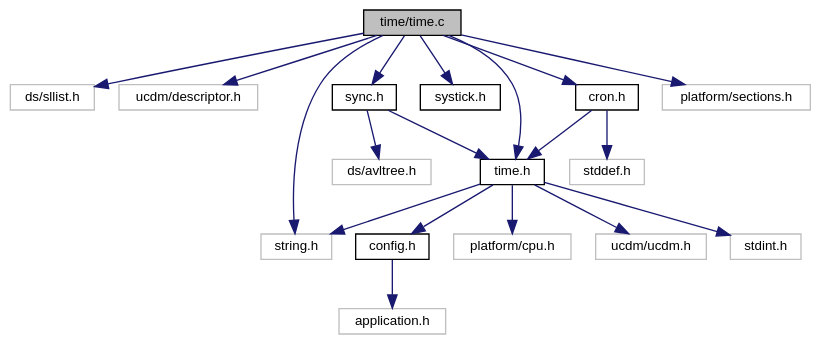
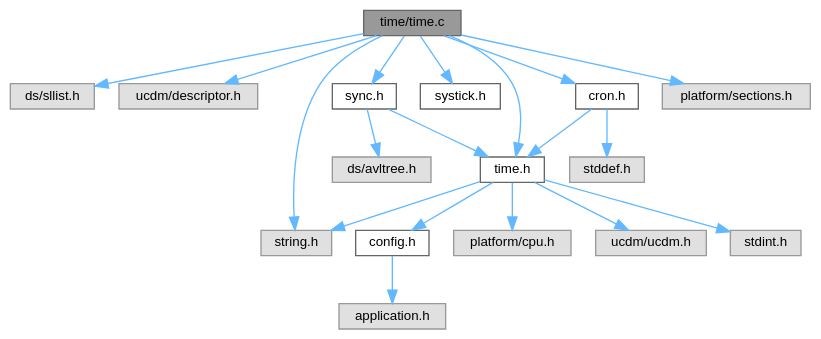
The diagram in time_8c__incl.dot (ebs-universe/piolib-time), drawn with Graphviz before and after one commit. The commit also changed 516 other files, not shown here.

```diff
--- a/time_8c__incl.dot
+++ b/time_8c__incl.dot
@@ -1,42 +1,42 @@
 digraph "time/time.c"
 {
  // INTERACTIVE_SVG=YES
  // LATEX_PDF_SIZE
   bgcolor="transparent";
-  edge [fontname="Helvetica",fontsize="10",labelfontname="Helvetica",labelfontsize="10"];
-  node [fontname="Helvetica",fontsize="10",shape=record];
-  Node1 [label="time/time.c",height=0.2,width=0.4,color="black", fillcolor="grey75", style="filled", fontcolor="black",tooltip="Time related function implementations."];
-  Node1 -> Node2 [color="midnightblue",fontsize="10",style="solid",fontname="Helvetica"];
-  Node2 [label="ds/sllist.h",height=0.2,width=0.4,color="grey75",tooltip=" "];
-  Node1 -> Node3 [color="midnightblue",fontsize="10",style="solid",fontname="Helvetica"];
-  Node3 [label="ucdm/descriptor.h",height=0.2,width=0.4,color="grey75",tooltip=" "];
-  Node1 -> Node4 [color="midnightblue",fontsize="10",style="solid",fontname="Helvetica"];
-  Node4 [label="string.h",height=0.2,width=0.4,color="grey75",tooltip=" "];
-  Node1 -> Node5 [color="midnightblue",fontsize="10",style="solid",fontname="Helvetica"];
-  Node5 [label="time.h",height=0.2,width=0.4,color="black",URL="$time_8h.html",tooltip="Time related functions for embebedded systems."];
-  Node5 -> Node6 [color="midnightblue",fontsize="10",style="solid",fontname="Helvetica"];
-  Node6 [label="stdint.h",height=0.2,width=0.4,color="grey75",tooltip=" "];
-  Node5 -> Node4 [color="midnightblue",fontsize="10",style="solid",fontname="Helvetica"];
-  Node5 -> Node7 [color="midnightblue",fontsize="10",style="solid",fontname="Helvetica"];
-  Node7 [label="config.h",height=0.2,width=0.4,color="black",URL="$config_8h_source.html",tooltip=" "];
-  Node7 -> Node8 [color="midnightblue",fontsize="10",style="solid",fontname="Helvetica"];
-  Node8 [label="application.h",height=0.2,width=0.4,color="grey75",tooltip=" "];
-  Node5 -> Node9 [color="midnightblue",fontsize="10",style="solid",fontname="Helvetica"];
-  Node9 [label="platform/cpu.h",height=0.2,width=0.4,color="grey75",tooltip=" "];
-  Node5 -> Node10 [color="midnightblue",fontsize="10",style="solid",fontname="Helvetica"];
-  Node10 [label="ucdm/ucdm.h",height=0.2,width=0.4,color="grey75",tooltip=" "];
-  Node1 -> Node11 [color="midnightblue",fontsize="10",style="solid",fontname="Helvetica"];
-  Node11 [label="systick.h",height=0.2,width=0.4,color="black",URL="$systick_8h_source.html",tooltip=" "];
-  Node1 -> Node12 [color="midnightblue",fontsize="10",style="solid",fontname="Helvetica"];
-  Node12 [label="sync.h",height=0.2,width=0.4,color="black",URL="$sync_8h.html",tooltip="Time synchonization functions for embebedded systems."];
-  Node12 -> Node13 [color="midnightblue",fontsize="10",style="solid",fontname="Helvetica"];
-  Node13 [label="ds/avltree.h",height=0.2,width=0.4,color="grey75",tooltip=" "];
-  Node12 -> Node5 [color="midnightblue",fontsize="10",style="solid",fontname="Helvetica"];
-  Node1 -> Node14 [color="midnightblue",fontsize="10",style="solid",fontname="Helvetica"];
-  Node14 [label="cron.h",height=0.2,width=0.4,color="black",URL="$cron_8h.html",tooltip="Cron-like scheduling framework for embebedded systems."];
-  Node14 -> Node15 [color="midnightblue",fontsize="10",style="solid",fontname="Helvetica"];
-  Node15 [label="stddef.h",height=0.2,width=0.4,color="grey75",tooltip=" "];
-  Node14 -> Node5 [color="midnightblue",fontsize="10",style="solid",fontname="Helvetica"];
-  Node1 -> Node16 [color="midnightblue",fontsize="10",style="solid",fontname="Helvetica"];
-  Node16 [label="platform/sections.h",height=0.2,width=0.4,color="grey75",tooltip=" "];
+  edge [fontname=Helvetica,fontsize=10,labelfontname=Helvetica,labelfontsize=10];
+  node [fontname=Helvetica,fontsize=10,shape=box,height=0.2,width=0.4];
+  Node1 [id="Node000001",label="time/time.c",height=0.2,width=0.4,color="gray40", fillcolor="grey60", style="filled", fontcolor="black",tooltip="Time related function implementations."];
+  Node1 -> Node2 [id="edge1_Node000001_Node000002",color="steelblue1",style="solid",tooltip=" "];
+  Node2 [id="Node000002",label="ds/sllist.h",height=0.2,width=0.4,color="grey60", fillcolor="#E0E0E0", style="filled",tooltip=" "];
+  Node1 -> Node3 [id="edge2_Node000001_Node000003",color="steelblue1",style="solid",tooltip=" "];
+  Node3 [id="Node000003",label="ucdm/descriptor.h",height=0.2,width=0.4,color="grey60", fillcolor="#E0E0E0", style="filled",tooltip=" "];
+  Node1 -> Node4 [id="edge3_Node000001_Node000004",color="steelblue1",style="solid",tooltip=" "];
+  Node4 [id="Node000004",label="string.h",height=0.2,width=0.4,color="grey60", fillcolor="#E0E0E0", style="filled",tooltip=" "];
+  Node1 -> Node5 [id="edge4_Node000001_Node000005",color="steelblue1",style="solid",tooltip=" "];
+  Node5 [id="Node000005",label="time.h",height=0.2,width=0.4,color="grey40", fillcolor="white", style="filled",URL="$time_8h.html",tooltip="Time related functions for embebedded systems."];
+  Node5 -> Node6 [id="edge5_Node000005_Node000006",color="steelblue1",style="solid",tooltip=" "];
+  Node6 [id="Node000006",label="stdint.h",height=0.2,width=0.4,color="grey60", fillcolor="#E0E0E0", style="filled",tooltip=" "];
+  Node5 -> Node4 [id="edge6_Node000005_Node000004",color="steelblue1",style="solid",tooltip=" "];
+  Node5 -> Node7 [id="edge7_Node000005_Node000007",color="steelblue1",style="solid",tooltip=" "];
+  Node7 [id="Node000007",label="config.h",height=0.2,width=0.4,color="grey40", fillcolor="white", style="filled",URL="$config_8h.html",tooltip=" "];
+  Node7 -> Node8 [id="edge8_Node000007_Node000008",color="steelblue1",style="solid",tooltip=" "];
+  Node8 [id="Node000008",label="application.h",height=0.2,width=0.4,color="grey60", fillcolor="#E0E0E0", style="filled",tooltip=" "];
+  Node5 -> Node9 [id="edge9_Node000005_Node000009",color="steelblue1",style="solid",tooltip=" "];
+  Node9 [id="Node000009",label="platform/cpu.h",height=0.2,width=0.4,color="grey60", fillcolor="#E0E0E0", style="filled",tooltip=" "];
+  Node5 -> Node10 [id="edge10_Node000005_Node000010",color="steelblue1",style="solid",tooltip=" "];
+  Node10 [id="Node000010",label="ucdm/ucdm.h",height=0.2,width=0.4,color="grey60", fillcolor="#E0E0E0", style="filled",tooltip=" "];
+  Node1 -> Node11 [id="edge11_Node000001_Node000011",color="steelblue1",style="solid",tooltip=" "];
+  Node11 [id="Node000011",label="systick.h",height=0.2,width=0.4,color="grey40", fillcolor="white", style="filled",URL="$systick_8h.html",tooltip=" "];
+  Node1 -> Node12 [id="edge12_Node000001_Node000012",color="steelblue1",style="solid",tooltip=" "];
+  Node12 [id="Node000012",label="sync.h",height=0.2,width=0.4,color="grey40", fillcolor="white", style="filled",URL="$sync_8h.html",tooltip="Time synchonization functions for embebedded systems."];
+  Node12 -> Node13 [id="edge13_Node000012_Node000013",color="steelblue1",style="solid",tooltip=" "];
+  Node13 [id="Node000013",label="ds/avltree.h",height=0.2,width=0.4,color="grey60", fillcolor="#E0E0E0", style="filled",tooltip=" "];
+  Node12 -> Node5 [id="edge14_Node000012_Node000005",color="steelblue1",style="solid",tooltip=" "];
+  Node1 -> Node14 [id="edge15_Node000001_Node000014",color="steelblue1",style="solid",tooltip=" "];
+  Node14 [id="Node000014",label="cron.h",height=0.2,width=0.4,color="grey40", fillcolor="white", style="filled",URL="$cron_8h.html",tooltip="Cron-like scheduling framework for embebedded systems."];
+  Node14 -> Node15 [id="edge16_Node000014_Node000015",color="steelblue1",style="solid",tooltip=" "];
+  Node15 [id="Node000015",label="stddef.h",height=0.2,width=0.4,color="grey60", fillcolor="#E0E0E0", style="filled",tooltip=" "];
+  Node14 -> Node5 [id="edge17_Node000014_Node000005",color="steelblue1",style="solid",tooltip=" "];
+  Node1 -> Node16 [id="edge18_Node000001_Node000016",color="steelblue1",style="solid",tooltip=" "];
+  Node16 [id="Node000016",label="platform/sections.h",height=0.2,width=0.4,color="grey60", fillcolor="#E0E0E0", style="filled",tooltip=" "];
 }
```
